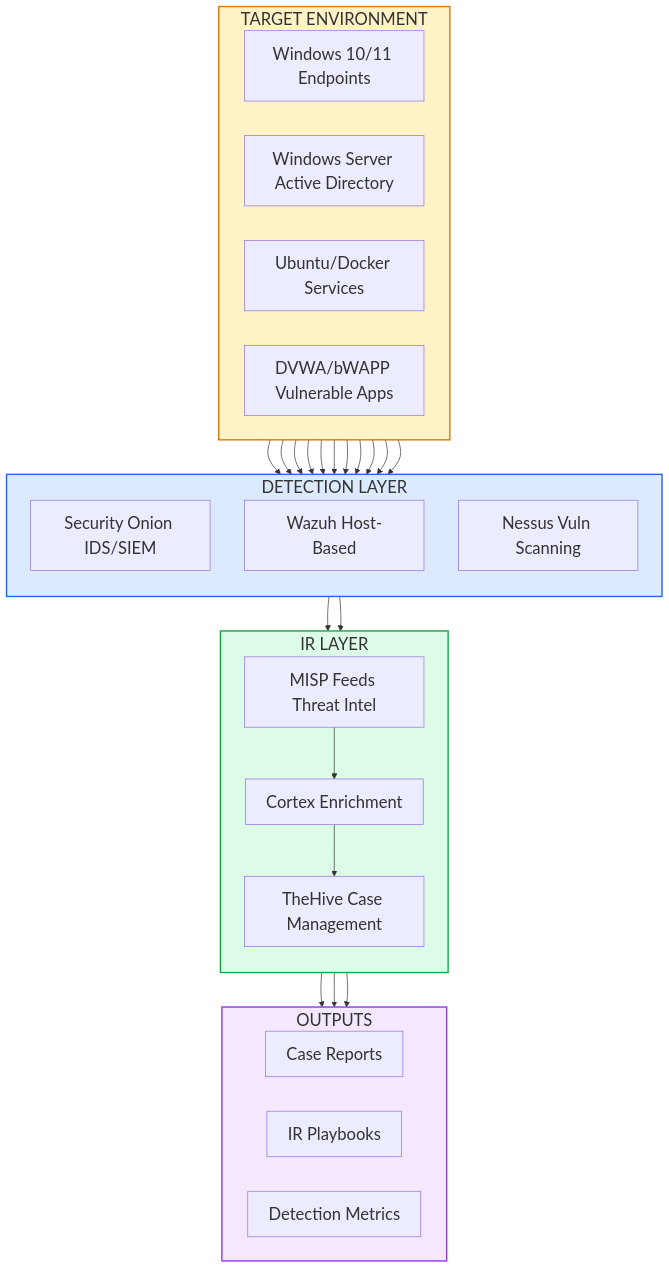
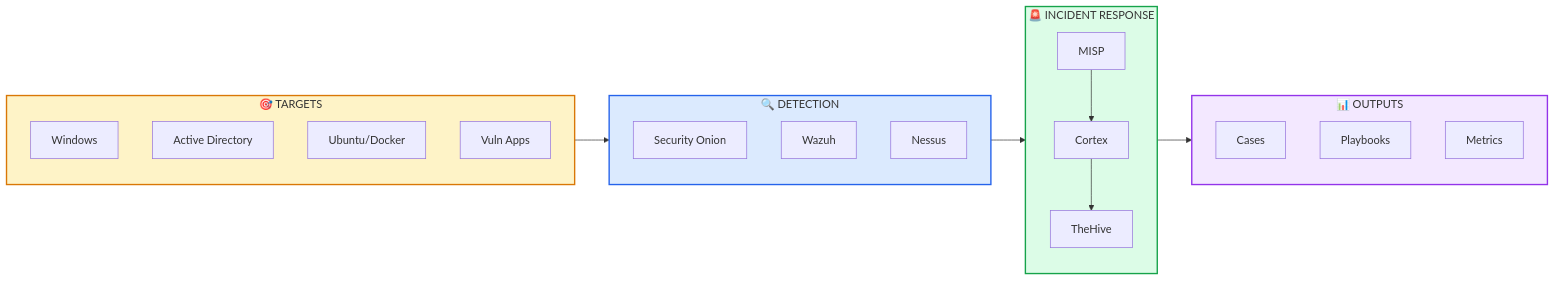
Before and after one commit to Pharns/portfolio: the diagram in docs/cybersecurity/incident-response.md, drawn with Mermaid. The commit also changed other lines of this file, not shown here.

Commit message:
Redesign Detection & IR Lab diagram for readability
- Change from vertical (TB) to horizontal (LR) pipeline flow
- Shorten node labels for compact rendering
- Reduce 16 individual arrows to 4 aggregate group connections
- Add emojis for visual section identification
- Group components into clear subgraphs: Targets → Detection → IR → Outputs

````diff
--- a/docs/cybersecurity/incident-response.md
+++ b/docs/cybersecurity/incident-response.md
@@ -46,56 +46,38 @@
 ```mermaid
-%%{init: {"themeVariables": {"fontSize": "24px", "nodeTextSize": "20px"}}}%%
-flowchart TB
-    subgraph TARGETS["TARGET ENVIRONMENT"]
-        direction LR
-        WIN["Windows 10/11 Endpoints"]
-        AD["Windows Server Active Directory"]
-        LNX["Ubuntu/Docker Services"]
-        WEB["DVWA/bWAPP Vulnerable Apps"]
+%%{init: {"themeVariables": {"fontSize": "16px"}}}%%
+flowchart LR
+    subgraph TARGETS["🎯 TARGETS"]
+        T1["Windows"]
+        T2["Active Directory"]
+        T3["Ubuntu/Docker"]
+        T4["Vuln Apps"]
     end
 
-    subgraph DETECTION["DETECTION LAYER"]
-        direction TB
-        SO["Security Onion IDS/SIEM"]
-        WAZ["Wazuh Host-Based"]
-        NES["Nessus Vuln Scanning"]
+    subgraph DETECTION["🔍 DETECTION"]
+        D1["Security Onion"]
+        D2["Wazuh"]
+        D3["Nessus"]
     end
 
-    subgraph IR["IR LAYER"]
-        direction TB
-        HIVE["TheHive Case Management"]
-        CTX["Cortex Enrichment"]
-        MISP["MISP Feeds Threat Intel"]
+    subgraph IR["🚨 INCIDENT RESPONSE"]
+        I1["TheHive"]
+        I2["Cortex"]
+        I3["MISP"]
     end
 
-    subgraph OUTPUT["OUTPUTS"]
-        direction LR
-        CASE["Case Reports"]
-        PLAY["IR Playbooks"]
-        METRICS["Detection Metrics"]
+    subgraph OUTPUT["📊 OUTPUTS"]
+        O1["Cases"]
+        O2["Playbooks"]
+        O3["Metrics"]
     end
 
-    WIN --> SO
-    AD --> SO
-    LNX --> SO
-    WEB --> SO
-    WIN --> WAZ
-    AD --> WAZ
-    LNX --> WAZ
-    WIN --> NES
-    AD --> NES
-    LNX --> NES
-    WEB --> NES
-    SO --> HIVE
-    WAZ --> HIVE
-    CTX --> HIVE
-    MISP --> CTX
-    HIVE --> CASE
-    HIVE --> PLAY
-    HIVE --> METRICS
+    TARGETS --> DETECTION
+    DETECTION --> IR
+    I3 --> I2 --> I1
+    IR --> OUTPUT
 
     style TARGETS fill:#fef3c7,stroke:#d97706,stroke-width:2px
     style DETECTION fill:#dbeafe,stroke:#2563eb,stroke-width:2px
     style IR fill:#dcfce7,stroke:#16a34a,stroke-width:2px
     style OUTPUT fill:#f3e8ff,stroke:#9333ea,stroke-width:2px
 ```
````
